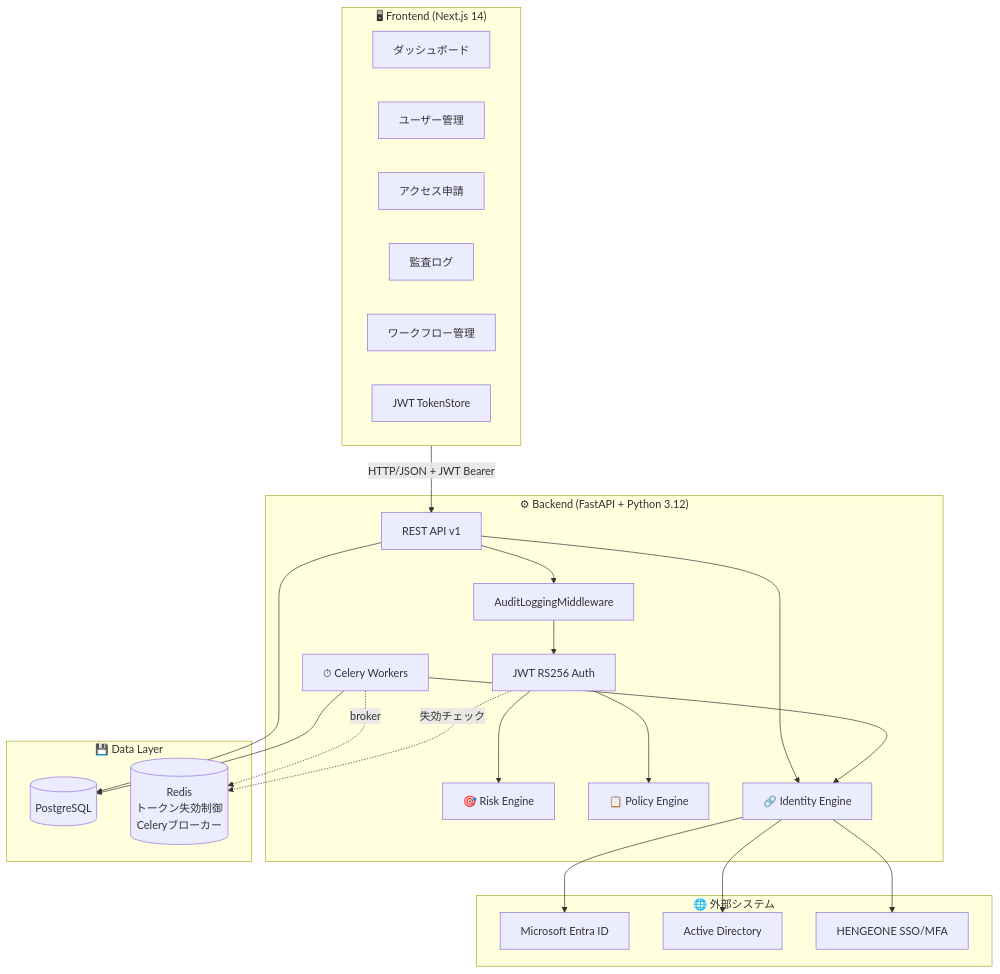
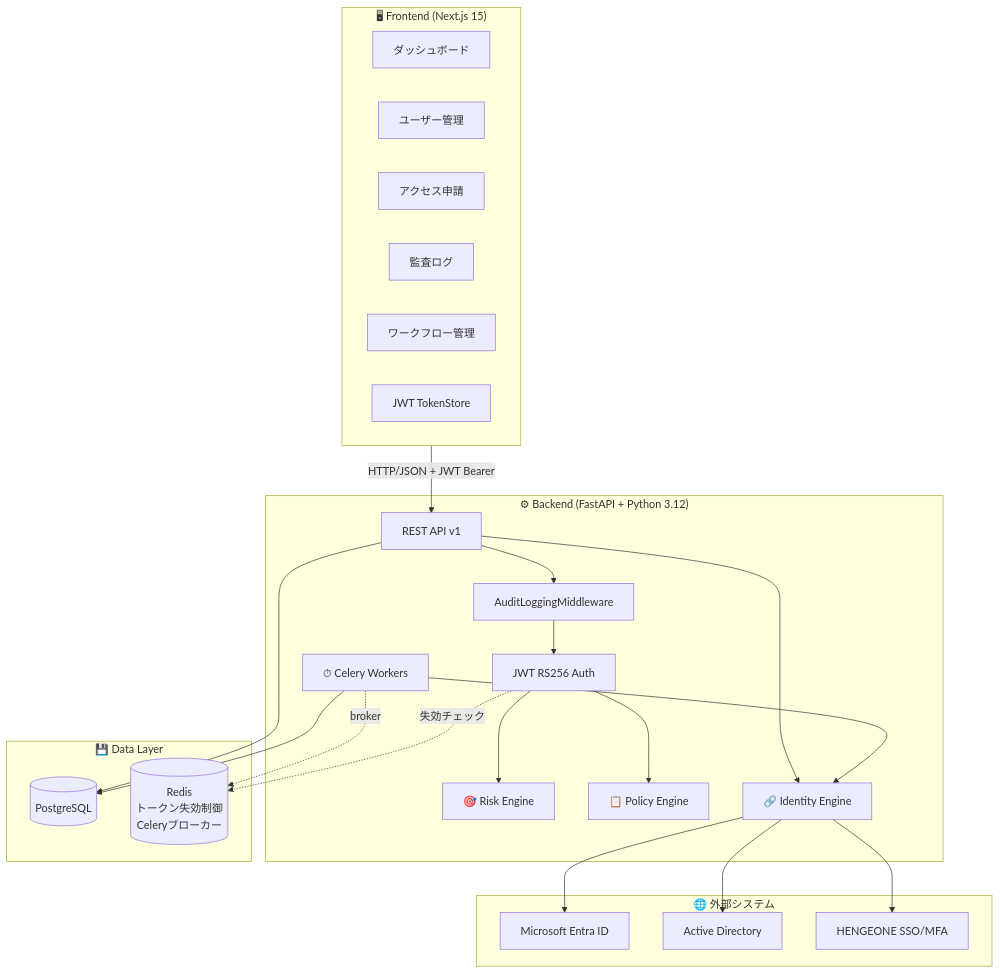
One commit to Kensan196948G/ZeroTrust-ID-Governance changed the first of 8 diagrams in README.md. Above: the diagram before and after it, drawn with Mermaid. The commit also changed other lines of this file, not shown here.

````diff
--- a/README.md
+++ b/README.md
@@ -68,47 +69,47 @@
 ```mermaid
 graph TB
-    subgraph Frontend["🖥 Frontend (Next.js 14)"]
+    subgraph Frontend["🖥 Frontend (Next.js 15)"]
         UI[ダッシュボード]
         UM[ユーザー管理]
         AR[アクセス申請]
         AL[監査ログ]
         WF[ワークフロー管理]
         AUTH_FE[JWT TokenStore]
     end
 
     subgraph Backend["⚙ Backend (FastAPI + Python 3.12)"]
         API[REST API v1]
         MW[AuditLoggingMiddleware]
         RE[🎯 Risk Engine]
         PE[📋 Policy Engine]
         IE[🔗 Identity Engine]
         CW[⏱ Celery Workers]
         JWT[JWT RS256 Auth]
     end
 
     subgraph DB["💾 Data Layer"]
         PG[(PostgreSQL)]
         RD[(Redis\nトークン失効制御\nCeleryブローカー)]
     end
 
     subgraph External["🌐 外部システム"]
         EID[Microsoft Entra ID]
         AD[Active Directory]
         HO[HENGEONE SSO/MFA]
     end
 
     Frontend -->|HTTP/JSON + JWT Bearer| API
     API --> MW
     MW --> JWT
     JWT --> RE
     JWT --> PE
     API --> IE
     CW --> IE
     IE --> EID
     IE --> AD
     IE --> HO
     API --> PG
     CW --> PG
     CW -.->|broker| RD
     JWT -.->|失効チェック| RD
 ```
````
